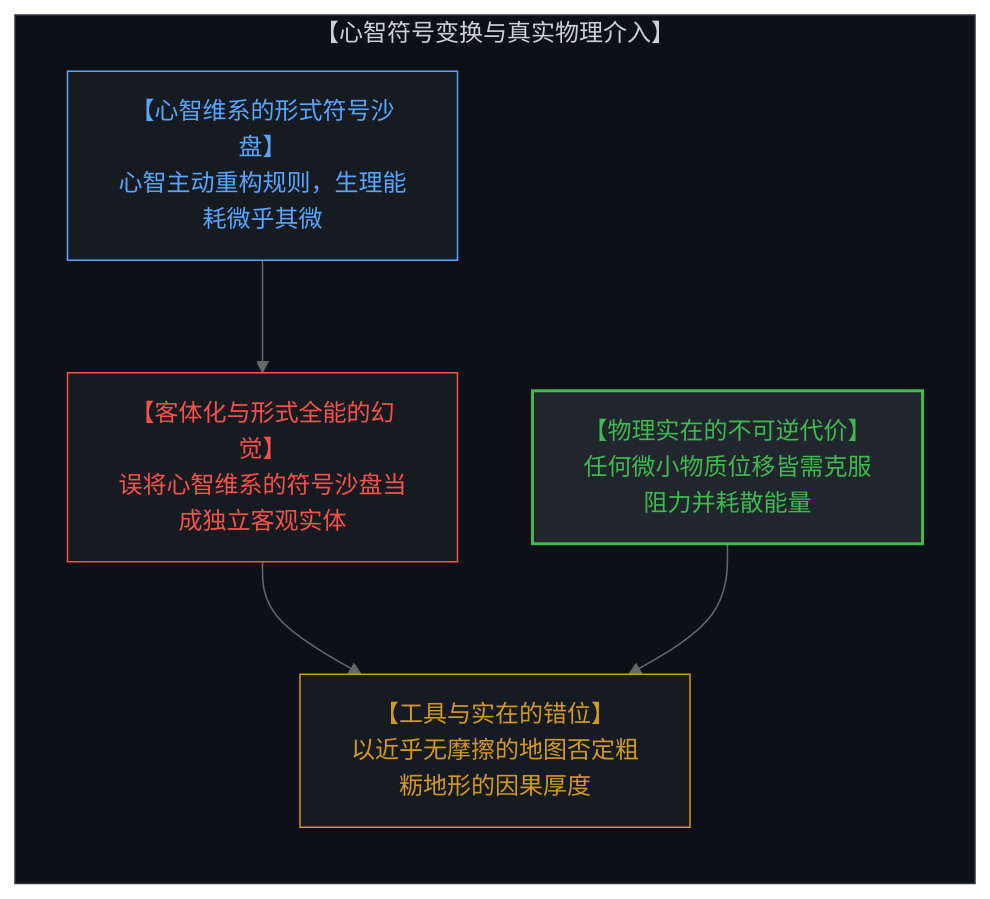
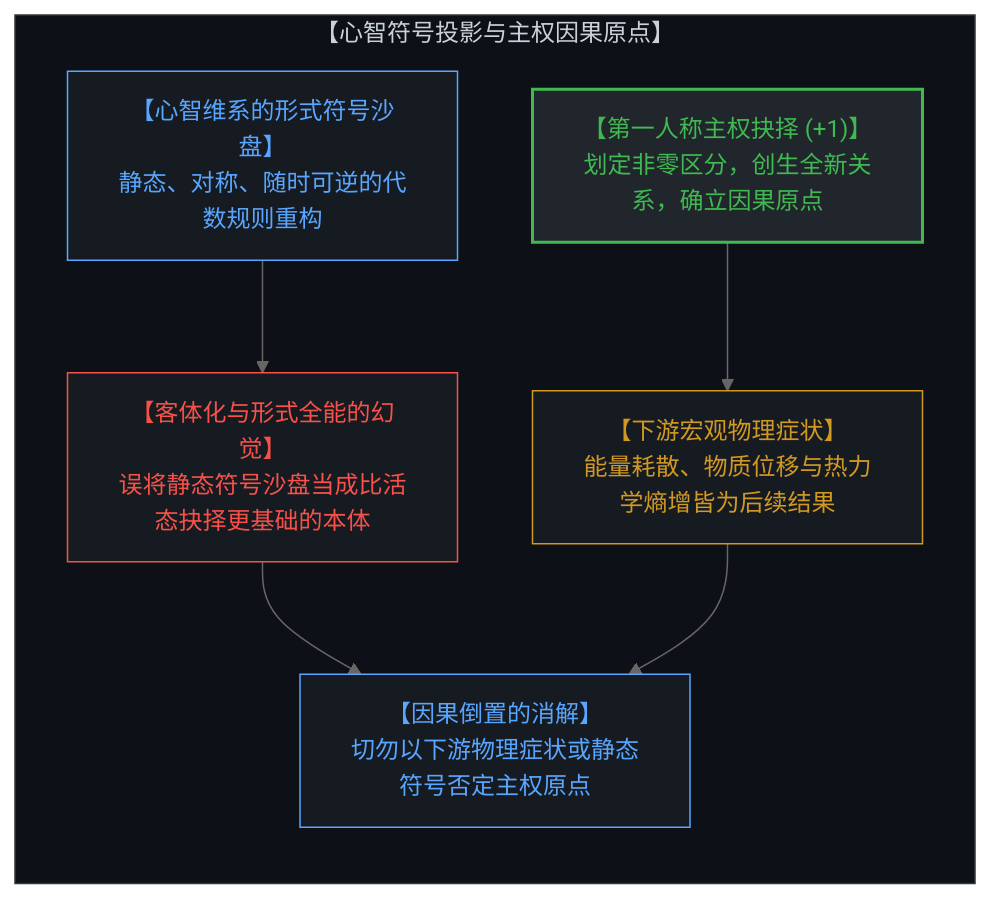
Before and after one commit to powerpig99/not-a-toe: the first of 6 diagrams in content/posts/the-illusion-of-the-tool-and-the-inversion-of-time.md, drawn with Mermaid (neutral theme). The commit also changed other lines of this file and 3 other files, not shown here.

Commit message:
Restore true causal hierarchy: Sovereign Choice as primary origin and physical entropy as downstream symptom in Post #313

````diff
--- a/content/posts/the-illusion-of-the-tool-and-the-inversion-of-time.md
+++ b/content/posts/the-illusion-of-the-tool-and-the-inversion-of-time.md
@@ -24,18 +24,21 @@
 ```mermaid
 graph TD
-    subgraph ZeroCostVsPhysicalCost["【心智符号变换与真实物理介入】"]
+    subgraph MindSymbolVsSovereignCut["【心智符号投影与主权因果原点】"]
         direction TB
-        MindSustainedSandbox["【心智维系的形式符号沙盘】<br>心智主动重构规则，生理能耗微乎其微"]
-        ReificationIllusion["【客体化与形式全能的幻觉】<br>误将心智维系的符号沙盘当成独立客观实体"]
-        LivingReality["【物理实在的不可逆代价】<br>任何微小物质位移皆需克服阻力并耗散能量"]
-        TheFirstInversion["【工具与实在的错位】<br>以近乎无摩擦的地图否定粗粝地形的因果厚度"]
+        MindSustainedSandbox["【心智维系的形式符号沙盘】<br>静态、对称、随时可逆的代数规则重构"]
+        ReificationIllusion["【客体化与形式全能的幻觉】<br>误将静态符号沙盘当成比活态抉择更基础的本体"]
+        SovereignOrigin["【第一人称主权抉择 (+1)】<br>划定非零区分，创生全新关系，确立因果原点"]
+        DownstreamPhysical["【下游宏观物理症状】<br>能量耗散、物质位移与热力学熵增皆为后续结果"]
+        TheFirstInversion["【因果倒置的消解】<br>切勿以下游物理症状或静态符号否定主权原点"]
         MindSustainedSandbox --> ReificationIllusion
+        SovereignOrigin --> DownstreamPhysical
         ReificationIllusion --> TheFirstInversion
-        LivingReality --> TheFirstInversion
+        DownstreamPhysical --> TheFirstInversion
     end
-    style ZeroCostVsPhysicalCost fill:#0d1117,stroke:#30363d,stroke-width:1px,color:#c9d1d9
+    style MindSymbolVsSovereignCut fill:#0d1117,stroke:#30363d,stroke-width:1px,color:#c9d1d9
     style MindSustainedSandbox fill:#161b22,stroke:#58a6ff,stroke-width:1px,color:#58a6ff
     style ReificationIllusion fill:#161b22,stroke:#f85149,stroke-width:1px,color:#f85149
-    style LivingReality fill:#21262d,stroke:#3fb950,stroke-width:2px,color:#3fb950
-    style TheFirstInversion fill:#161b22,stroke:#d29922,stroke-width:1px,color:#d29922
+    style SovereignOrigin fill:#21262d,stroke:#3fb950,stroke-width:2px,color:#3fb950
+    style DownstreamPhysical fill:#161b22,stroke:#d29922,stroke-width:1px,color:#d29922
+    style TheFirstInversion fill:#161b22,stroke:#58a6ff,stroke-width:1px,color:#58a6ff
 ```
````
